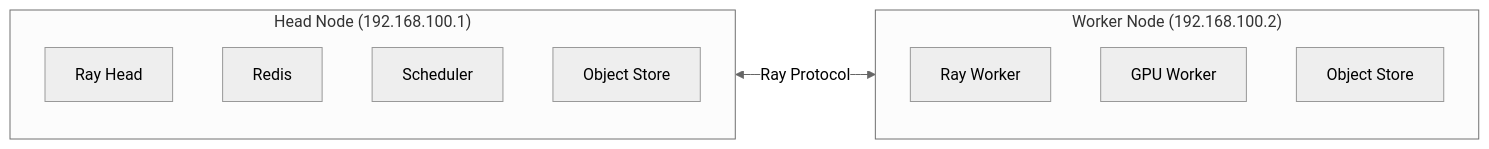
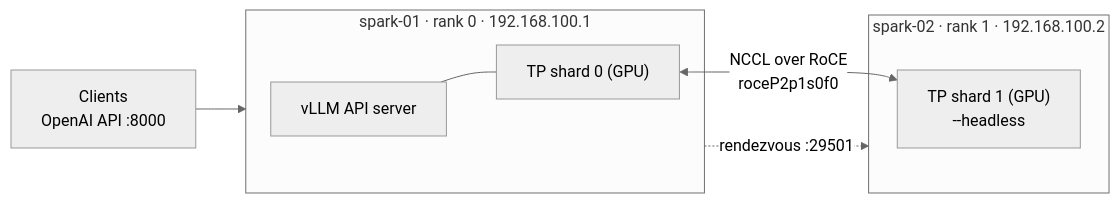
The diagram in docker/README.md (geosp/mixvllm), drawn with Mermaid (neutral theme) before and after one commit. The commit also changed other lines of this file and 2 other files, not shown here.

Commit message:
Rewrite Docker READMEs for the Ray-free multi-node setup

````diff
--- a/docker/README.md
+++ b/docker/README.md
@@ -27,17 +11,14 @@
 ```mermaid
 graph LR
-    subgraph Head["Head Node (192.168.100.1)"]
-        RH["Ray Head"]
-        Redis["Redis"]
-        Sched["Scheduler"]
-        OS1["Object Store"]
+    C["Clients<br/>OpenAI API :8000"] --> H
+    subgraph H["spark-01 · rank 0 · 192.168.100.1"]
+        API["vLLM API server"]
+        T0["TP shard 0 (GPU)"]
+        API --- T0
     end
-
-    subgraph Worker["Worker Node (192.168.100.2)"]
-        RW["Ray Worker"]
-        GW["GPU Worker"]
-        OS2["Object Store"]
+    subgraph W["spark-02 · rank 1 · 192.168.100.2"]
+        T1["TP shard 1 (GPU)<br/>--headless"]
     end
-
-    Head <--> |Ray Protocol| Worker
+    T0 <-->|"NCCL over RoCE<br/>roceP2p1s0f0"| T1
+    H -.->|"rendezvous :29501"| W
 ```
````
